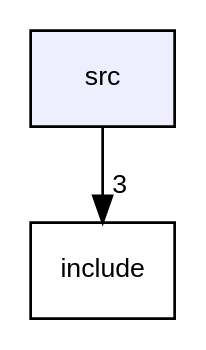
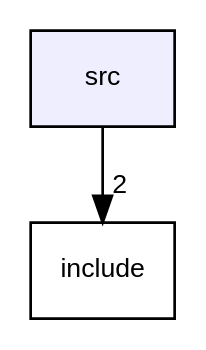
The diagram in docs/dir_68267d1309a1af8e8297ef4c3efbcdba_dep.dot (CTXz/TinyWS2812), drawn with Graphviz before and after one commit. The commit also changed 167 other files, not shown here.

```diff
--- a/docs/dir_68267d1309a1af8e8297ef4c3efbcdba_dep.dot
+++ b/docs/dir_68267d1309a1af8e8297ef4c3efbcdba_dep.dot
@@ -1,8 +1,8 @@
 digraph "src" {
   compound=true
   node [ fontsize="10", fontname="Helvetica"];
   edge [ labelfontsize="10", labelfontname="Helvetica"];
   dir_68267d1309a1af8e8297ef4c3efbcdba [shape=box, label="src", style="filled", fillcolor="#eeeeff", pencolor="black", URL="dir_68267d1309a1af8e8297ef4c3efbcdba.html"];
   dir_d44c64559bbebec7f509842c48db8b23 [shape=box label="include" URL="dir_d44c64559bbebec7f509842c48db8b23.html"];
-  dir_68267d1309a1af8e8297ef4c3efbcdba->dir_d44c64559bbebec7f509842c48db8b23 [headlabel="3", labeldistance=1.5 headhref="dir_000004_000003.html"];
+  dir_68267d1309a1af8e8297ef4c3efbcdba->dir_d44c64559bbebec7f509842c48db8b23 [headlabel="2", labeldistance=1.5 headhref="dir_000005_000004.html"];
 }
```
